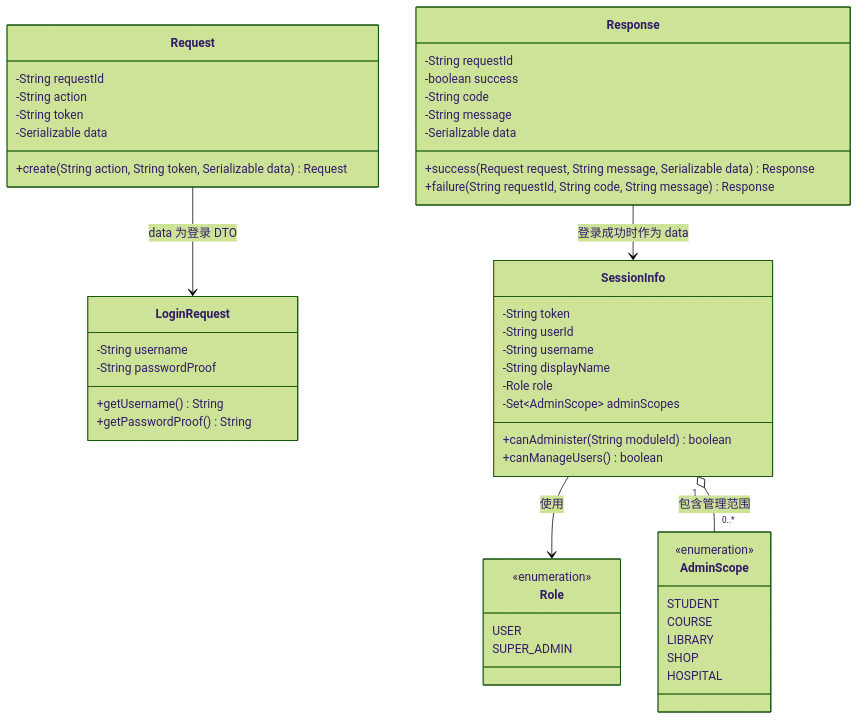
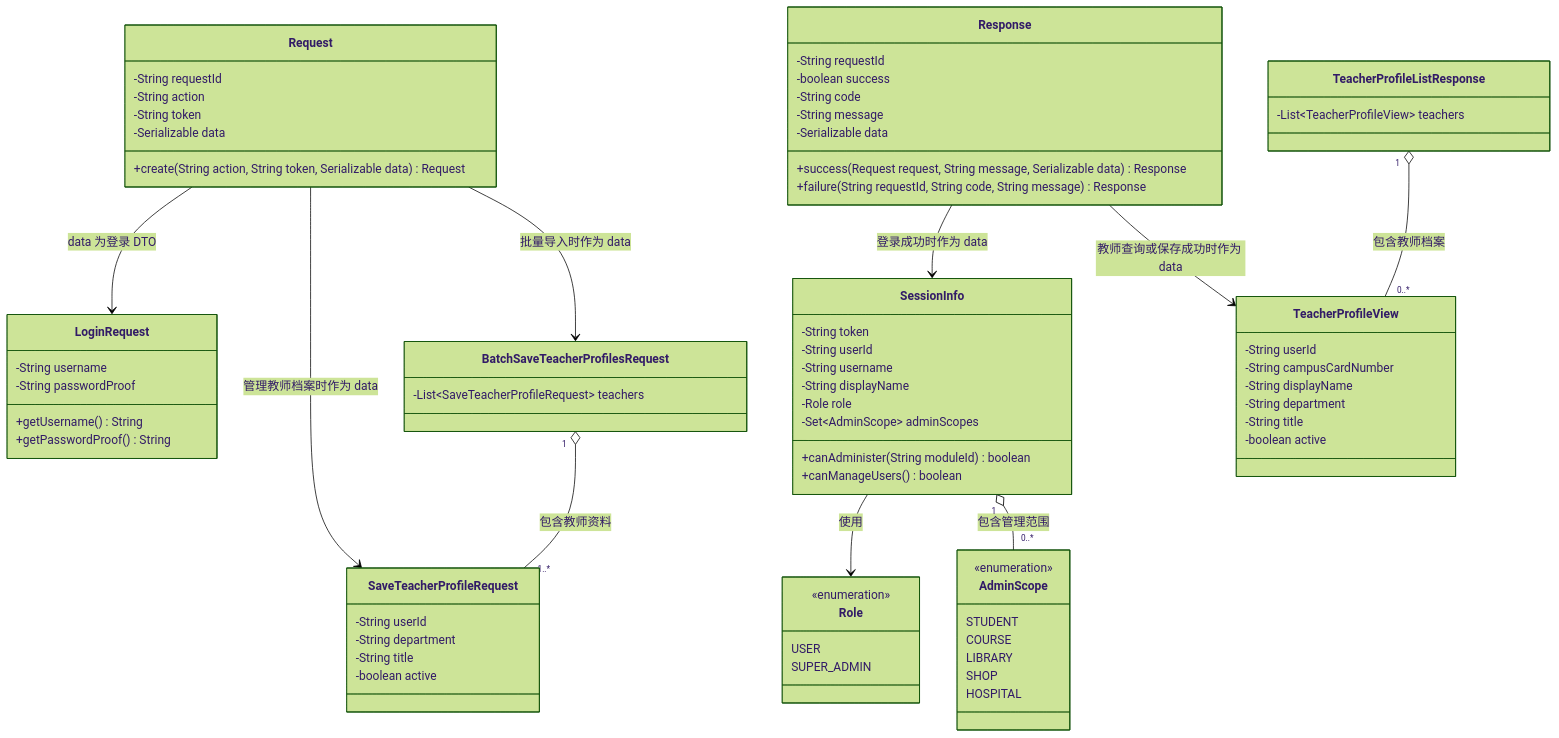
Before and after one commit to qlaxyy/JAVA-Campus-software: the fifth of 6 diagrams in docs/design/SOFTWARE_DESIGN_SPECIFICATION.md, drawn with Mermaid (forest theme). The commit also changed other lines of this file and 37 other files, not shown here.

First line of the commit message:
feat(user): add shared teacher registry (#67)

````diff
--- a/docs/design/SOFTWARE_DESIGN_SPECIFICATION.md
+++ b/docs/design/SOFTWARE_DESIGN_SPECIFICATION.md
@@ -531,8 +561,37 @@
         HOSPITAL
     }
 
+    class SaveTeacherProfileRequest {
+        -String userId
+        -String department
+        -String title
+        -boolean active
+    }
+
+    class BatchSaveTeacherProfilesRequest {
+        -List~SaveTeacherProfileRequest~ teachers
+    }
+
+    class TeacherProfileView {
+        -String userId
+        -String campusCardNumber
+        -String displayName
+        -String department
+        -String title
+        -boolean active
+    }
+
+    class TeacherProfileListResponse {
+        -List~TeacherProfileView~ teachers
+    }
+
     Request --> LoginRequest : data 为登录 DTO
     Response --> SessionInfo : 登录成功时作为 data
     SessionInfo --> Role : 使用
     SessionInfo "1" o-- "0..*" AdminScope : 包含管理范围
+    Request --> SaveTeacherProfileRequest : 管理教师档案时作为 data
+    Request --> BatchSaveTeacherProfilesRequest : 批量导入时作为 data
+    BatchSaveTeacherProfilesRequest "1" o-- "1..*" SaveTeacherProfileRequest : 包含教师资料
+    Response --> TeacherProfileView : 教师查询或保存成功时作为 data
+    TeacherProfileListResponse "1" o-- "0..*" TeacherProfileView : 包含教师档案
 ```
````
